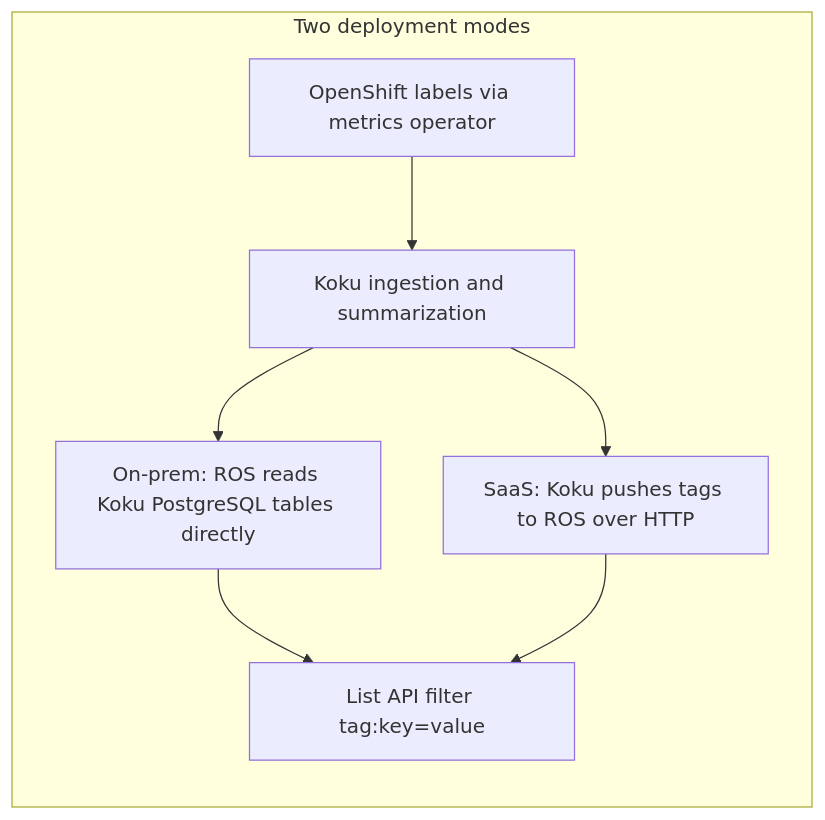
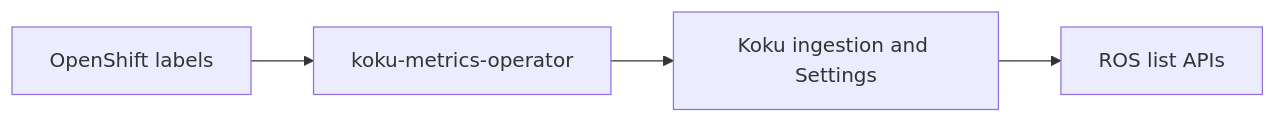
One commit to pgarciaq/ros-ocp-backend changed the diagram in docs-site/features/tag-filtering.md. Above: the diagram before and after it, drawn with Mermaid. The commit also changed other lines of this file and 15 other files, not shown here.

````diff
--- a/docs-site/features/tag-filtering.md
+++ b/docs-site/features/tag-filtering.md
@@ -16,12 +57,6 @@
 ```mermaid
-flowchart TB
-    subgraph modes["Two deployment modes"]
-        direction TB
-        OP["OpenShift labels via metrics operator"]
-        OP --> KOKU["Koku ingestion and summarization"]
-        KOKU --> DB["On-prem: ROS reads Koku PostgreSQL tables directly"]
-        KOKU --> API["SaaS: Koku pushes tags to ROS over HTTP"]
-        DB --> FILTER["List API filter tag:key=value"]
-        API --> FILTER
-    end
+flowchart LR
+    OP["OpenShift labels"] --> MO["koku-metrics-operator"]
+    MO --> KOKU["Koku ingestion and Settings"]
+    KOKU --> ROS["ROS list APIs"]
 ```
````
